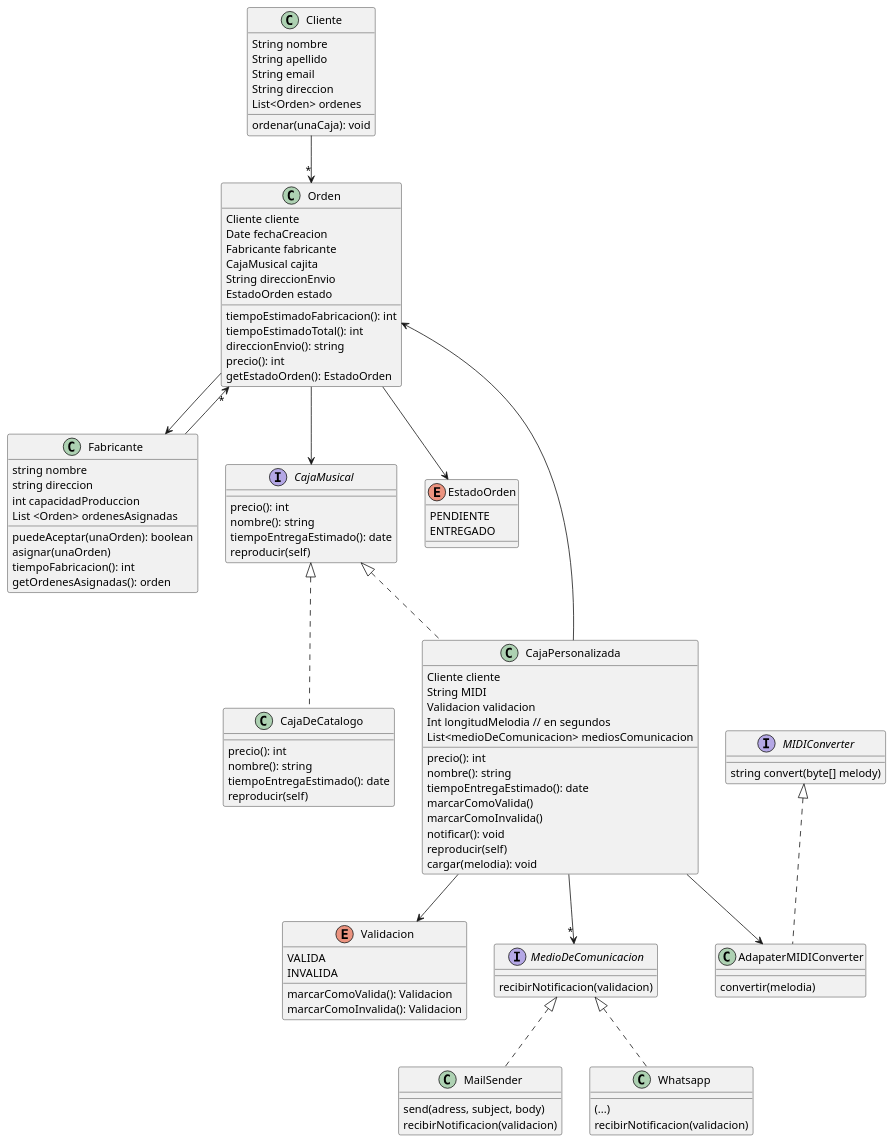
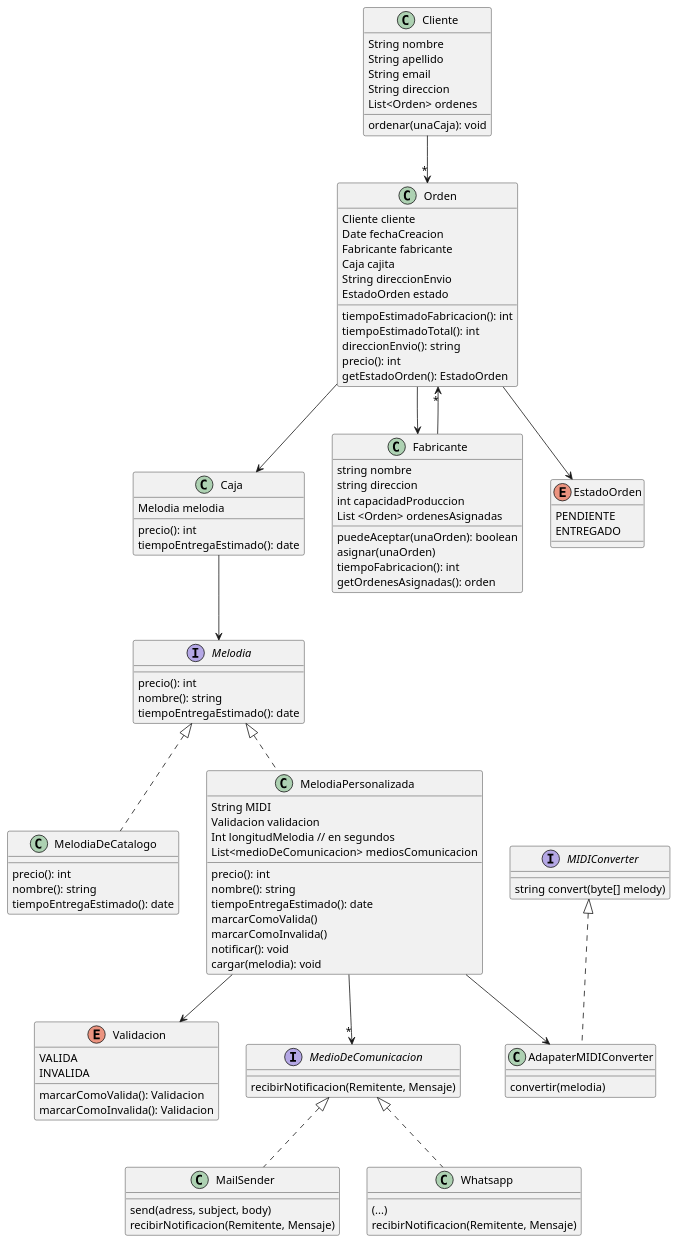
The diagram in src/main/java/Notesbox/Notesbox_diagrama.puml (NicolasOcchi/DDS-1ros-Parciales), drawn with PlantUML before and after one commit. The commit also changed 1 other file, not shown here.

```diff
--- a/src/main/java/Notesbox/Notesbox_diagrama.puml
+++ b/src/main/java/Notesbox/Notesbox_diagrama.puml
@@ -1,116 +1,121 @@
 @startuml
 'https://plantuml.com/class-diagram
 
 class Cliente{
-String nombre
-String apellido
-String email
-String direccion
-List<Orden> ordenes
-ordenar(unaCaja): void
+    String nombre
+    String apellido
+    String email
+    String direccion
+    List<Orden> ordenes
+    ordenar(unaCaja): void
 }
 
 Cliente -->"*" Orden
 
 class Orden{
-Cliente cliente
-Date fechaCreacion
-Fabricante fabricante
-CajaMusical cajita
-String direccionEnvio
-EstadoOrden estado
-tiempoEstimadoFabricacion(): int
-tiempoEstimadoTotal(): int
-direccionEnvio(): string
-precio(): int
-getEstadoOrden(): EstadoOrden
+    Cliente cliente
+    Date fechaCreacion
+    Fabricante fabricante
+    Caja cajita
+    String direccionEnvio
+    EstadoOrden estado
+    tiempoEstimadoFabricacion(): int
+    tiempoEstimadoTotal(): int
+    direccionEnvio(): string
+    precio(): int
+    getEstadoOrden(): EstadoOrden
 }
+Orden --> Caja
 Orden --> Fabricante
-Orden --> CajaMusical
 Orden --> EstadoOrden
 
 enum EstadoOrden{
     PENDIENTE
     ENTREGADO
 }
 
-interface CajaMusical{
-precio(): int
-nombre(): string
-tiempoEntregaEstimado(): date
-reproducir(self)
+
+class Caja{
+    Melodia melodia
+    precio(): int
+    tiempoEntregaEstimado(): date
 }
 
-class CajaDeCatalogo implements CajaMusical{
-precio(): int
-nombre(): string
-tiempoEntregaEstimado(): date
-reproducir(self)
+Caja --> Melodia
+
+
+interface Melodia{
+    precio(): int
+    nombre(): string
+    tiempoEntregaEstimado(): date
 }
 
-class CajaPersonalizada implements CajaMusical{
-Cliente cliente
-String MIDI
-Validacion validacion
-Int longitudMelodia // en segundos
-List<medioDeComunicacion> mediosComunicacion
-precio(): int
-nombre(): string
-tiempoEntregaEstimado(): date
-marcarComoValida()
-marcarComoInvalida()
-notificar(): void
-reproducir(self)
-cargar(melodia): void
+class MelodiaDeCatalogo implements Melodia{
+    precio(): int
+    nombre(): string
+    tiempoEntregaEstimado(): date
 }
 
-CajaPersonalizada --> Validacion
-CajaPersonalizada --> Orden
+class MelodiaPersonalizada implements Melodia{
+    String MIDI
+    Validacion validacion
+    Int longitudMelodia // en segundos
+    List<medioDeComunicacion> mediosComunicacion
+    precio(): int
+    nombre(): string
+    tiempoEntregaEstimado(): date
+    marcarComoValida()
+    marcarComoInvalida()
+    notificar(): void
+    cargar(melodia): void
+}
+
+MelodiaPersonalizada --> Validacion
 
 'enum con compartamiento
 enum Validacion{
-VALIDA
-INVALIDA
-marcarComoValida(): Validacion
-marcarComoInvalida(): Validacion
+    VALIDA
+    INVALIDA
+    marcarComoValida(): Validacion
+    marcarComoInvalida(): Validacion
 }
 
 interface MIDIConverter{
 string convert(byte[] melody)
 }
 
 class AdapaterMIDIConverter implements MIDIConverter{
     convertir(melodia)
 }
 
-CajaPersonalizada --> AdapaterMIDIConverter
-CajaPersonalizada -->"*" MedioDeComunicacion
+MelodiaPersonalizada --> AdapaterMIDIConverter
+MelodiaPersonalizada -->"*" MedioDeComunicacion
 
 interface MedioDeComunicacion{
-    recibirNotificacion(validacion)
+    recibirNotificacion(Remitente, Mensaje)
 }
 
 class MailSender implements MedioDeComunicacion{
-send(adress, subject, body)
-recibirNotificacion(validacion)
+    send(adress, subject, body)
+    recibirNotificacion(Remitente, Mensaje)
 }
 
 class Whatsapp implements MedioDeComunicacion{
-(...)
-recibirNotificacion(validacion)
+    (...)
+    recibirNotificacion(Remitente, Mensaje)
 }
 
 Fabricante -->"*" Orden
 
 class Fabricante{
-string nombre
-string direccion
-int capacidadProduccion
-List <Orden> ordenesAsignadas
-puedeAceptar(unaOrden): boolean
-asignar(unaOrden)
-tiempoFabricacion(): int
-getOrdenesAsignadas(): orden
+    string nombre
+    string direccion
+    int capacidadProduccion
+    List <Orden> ordenesAsignadas
+    puedeAceptar(unaOrden): boolean
+    asignar(unaOrden)
+    tiempoFabricacion(): int
+    getOrdenesAsignadas(): orden
 }
 
 @enduml
```
